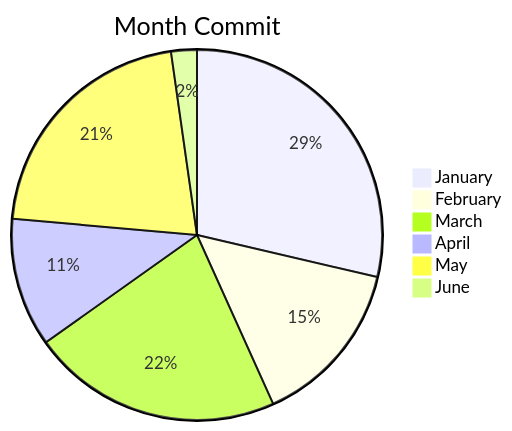
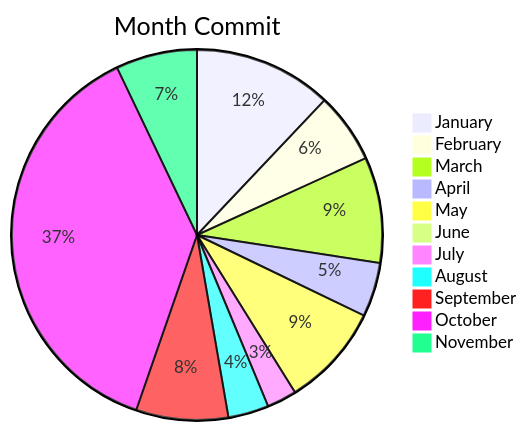
Before and after one commit to BackdevHong/WOC: the first of 2 diagrams in README.md, drawn with Mermaid. The commit also changed other lines of this file, not shown here.

````diff
--- a/README.md
+++ b/README.md
@@ -14,9 +19,14 @@
 ```mermaid
 pie title Month Commit
 "January" : 51
 "February" : 26
 "March" : 39
 "April": 20
 "May": 38
 "June": 4
+"July": 11
+"August": 15
+"September": 34
+"October": 159
+"November": 30
 ```
````
